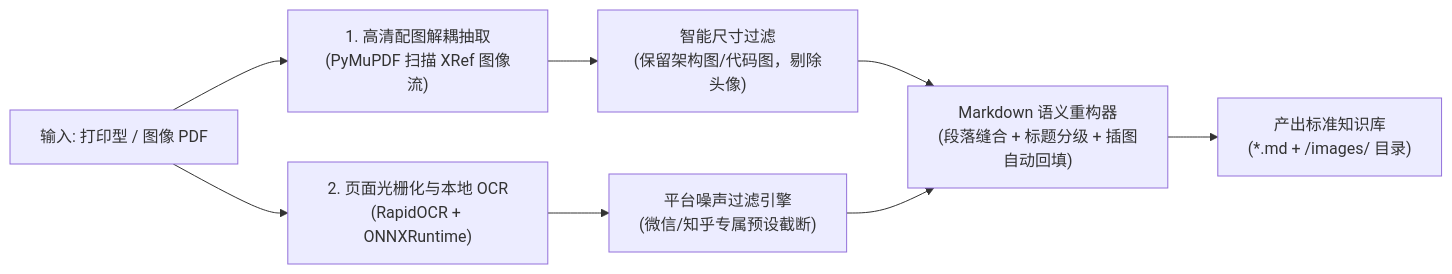
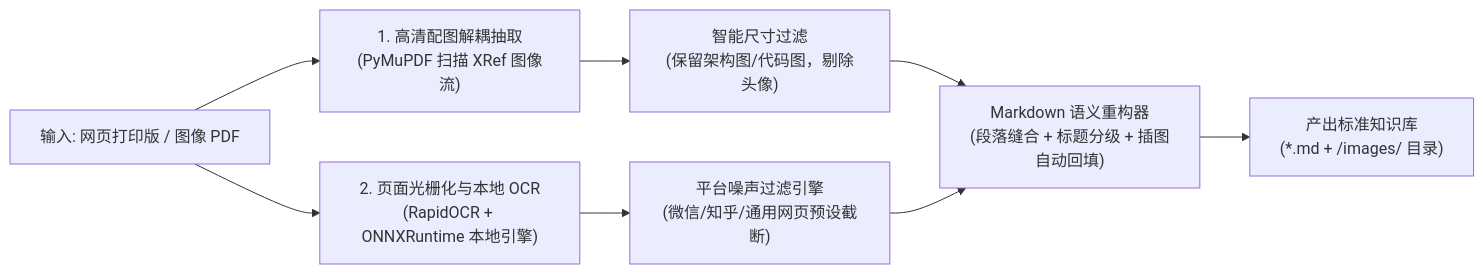
Before and after one commit to StarkL/clean-pdf2md: the diagram in README.md, drawn with Mermaid. The commit also changed other lines of this file and 2 other files, not shown here.

````diff
--- a/README.md
+++ b/README.md
@@ -49,13 +54,13 @@
 ```mermaid
 flowchart LR
-    A["输入: 打印型 / 图像 PDF"] --> B["1. 高清配图解耦抽取<br/>(PyMuPDF 扫描 XRef 图像流)"]
-    A --> C["2. 页面光栅化与本地 OCR<br/>(RapidOCR + ONNXRuntime)"]
+    A["输入: 网页打印版 / 图像 PDF"] --> B["1. 高清配图解耦抽取<br/>(PyMuPDF 扫描 XRef 图像流)"]
+    A --> C["2. 页面光栅化与本地 OCR<br/>(RapidOCR + ONNXRuntime 本地引擎)"]
     
     B --> D["智能尺寸过滤<br/>(保留架构图/代码图，剔除头像)"]
-    C --> E["平台噪声过滤引擎<br/>(微信/知乎专属预设截断)"]
+    C --> E["平台噪声过滤引擎<br/>(微信/知乎/通用网页预设截断)"]
     
     D --> F["Markdown 语义重构器<br/>(段落缝合 + 标题分级 + 插图自动回填)"]
     E --> F
     
     F --> G["产出标准知识库<br/>(*.md + /images/ 目录)"]
 ```
````
